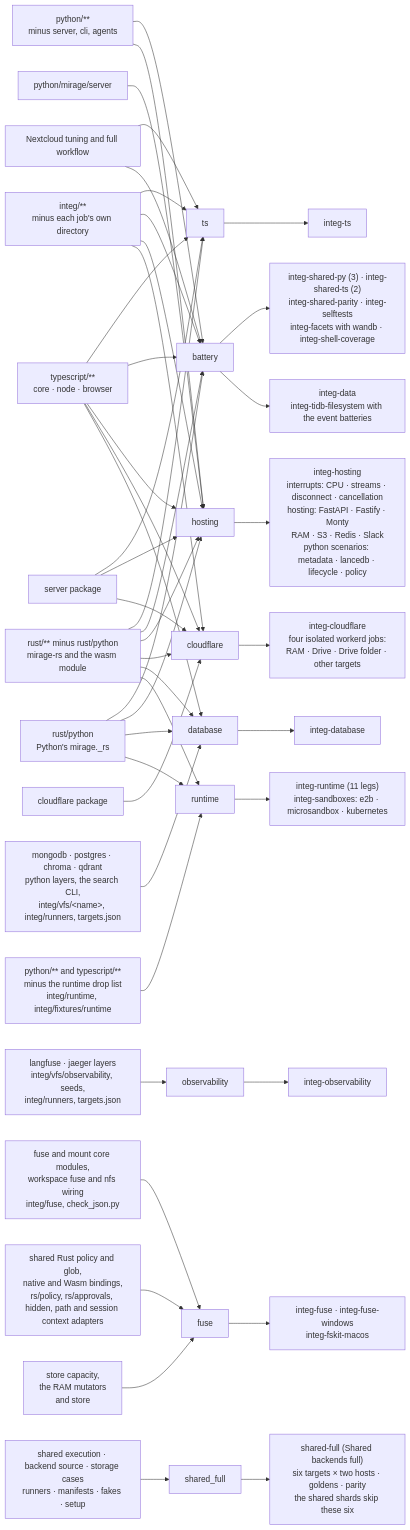
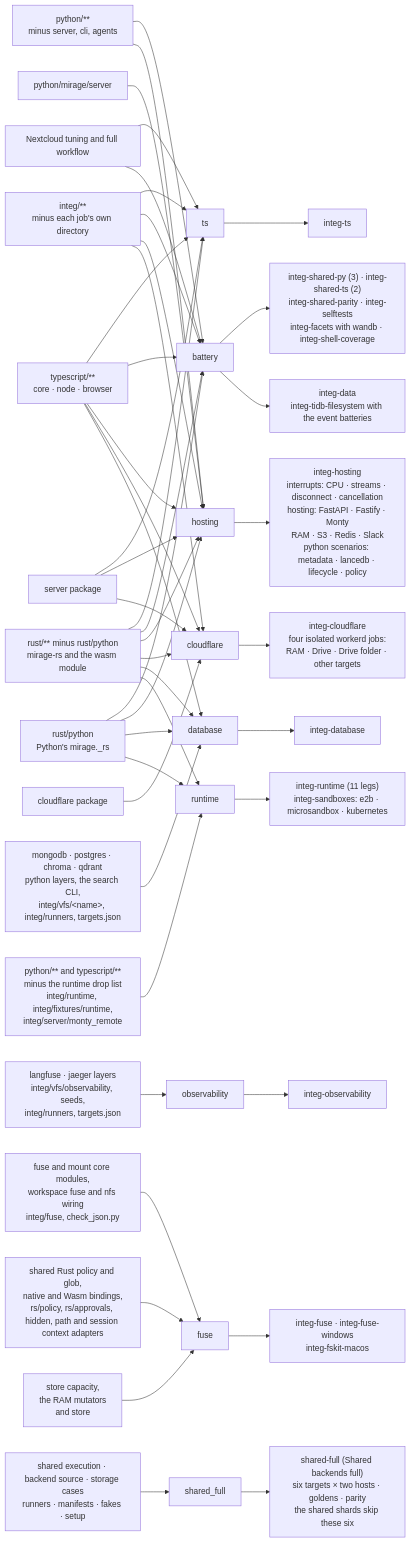
Before and after one commit to strukto-ai/mirage: the diagram in integ/README.md, drawn with Mermaid. The commit also changed other lines of this file and 6 other files, not shown here.

First line of the commit message:
Test monty_remote against monty's gRPC relay in integ

````diff
--- a/integ/README.md
+++ b/integ/README.md
@@ -440,28 +440,28 @@
 ```mermaid
 flowchart LR
     PY["python/**<br/>minus server, cli, agents"] --> battery & hosting
     SRV["python/mirage/server"] --> hosting
     TSX["typescript/**<br/>core · node · browser"] --> ts & battery & hosting & cloudflare & database
     SRVTS["server package"] --> ts & hosting & cloudflare
     CFP["cloudflare package"] --> cloudflare
     IN["integ/**<br/>minus each job's own directory"] --> ts & battery & hosting & cloudflare
     RS["rust/** minus rust/python<br/>mirage-rs and the wasm module"] --> ts & battery & hosting & cloudflare & database & runtime
     RSP["rust/python<br/>Python's mirage._rs"] --> battery & hosting & database & runtime
     DB["mongodb · postgres · chroma · qdrant<br/>python layers, the search CLI,<br/>integ/vfs/&lt;name&gt;, integ/runners, targets.json"] --> database
     OB["langfuse · jaeger layers<br/>integ/vfs/observability, seeds,<br/>integ/runners, targets.json"] --> observability
     FS["fuse and mount core modules,<br/>workspace fuse and nfs wiring<br/>integ/fuse, check_json.py"] --> fuse
     FP["shared Rust policy and glob,<br/>native and Wasm bindings,<br/>rs/policy, rs/approvals, hidden, path and session context adapters"] --> fuse
     CA["store capacity,<br/>the RAM mutators<br/>and store"] --> fuse
-    RT["python/** and typescript/**<br/>minus the runtime drop list<br/>integ/runtime, integ/fixtures/runtime"] --> runtime
+    RT["python/** and typescript/**<br/>minus the runtime drop list<br/>integ/runtime, integ/fixtures/runtime,<br/>integ/server/monty_remote"] --> runtime
     ts --> J2["integ-ts"]
     battery --> J3["integ-shared-py (3) · integ-shared-ts (2)<br/>integ-shared-parity · integ-selftests<br/>integ-facets with wandb · integ-shell-coverage"]
     hosting --> HOST["integ-hosting<br/>interrupts: CPU · streams · disconnect · cancellation<br/>hosting: FastAPI · Fastify · Monty<br/>RAM · S3 · Redis · Slack<br/>python scenarios: metadata · lancedb · lifecycle · policy"]
     cloudflare --> CLOUDFLARE["integ-cloudflare<br/>four isolated workerd jobs:<br/>RAM · Drive · Drive folder · other targets"]
     NC["Nextcloud tuning and full workflow"] --> ts & battery
     SF["shared execution · backend source · storage cases<br/>runners · manifests · fakes · setup"] --> shared_full --> FULL["shared-full (Shared backends full)<br/>six targets × two hosts · goldens · parity<br/>the shared shards skip these six"]
     battery --> J4["integ-data<br/>integ-tidb-filesystem with the event batteries"]
     database --> J5["integ-database"]
     observability --> J6["integ-observability"]
     fuse --> J7["integ-fuse · integ-fuse-windows<br/>integ-fskit-macos"]
     runtime --> J8["integ-runtime (11 legs)<br/>integ-sandboxes: e2b · microsandbox · kubernetes"]
 ```
````
